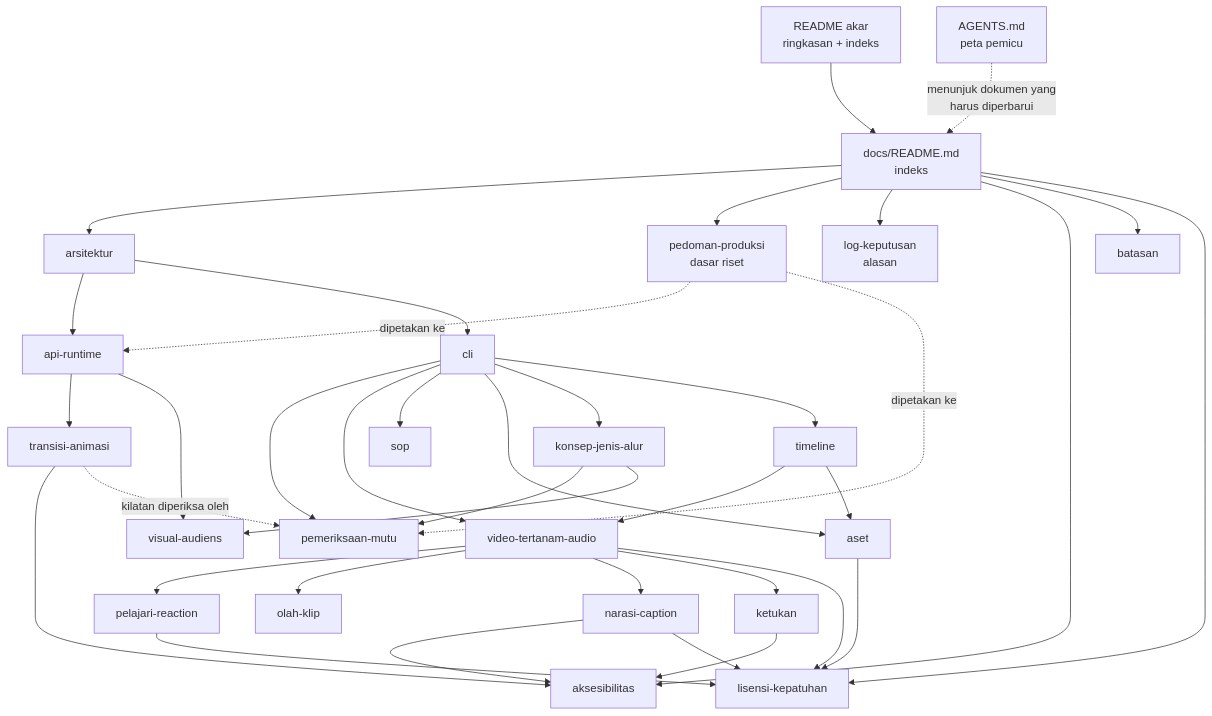
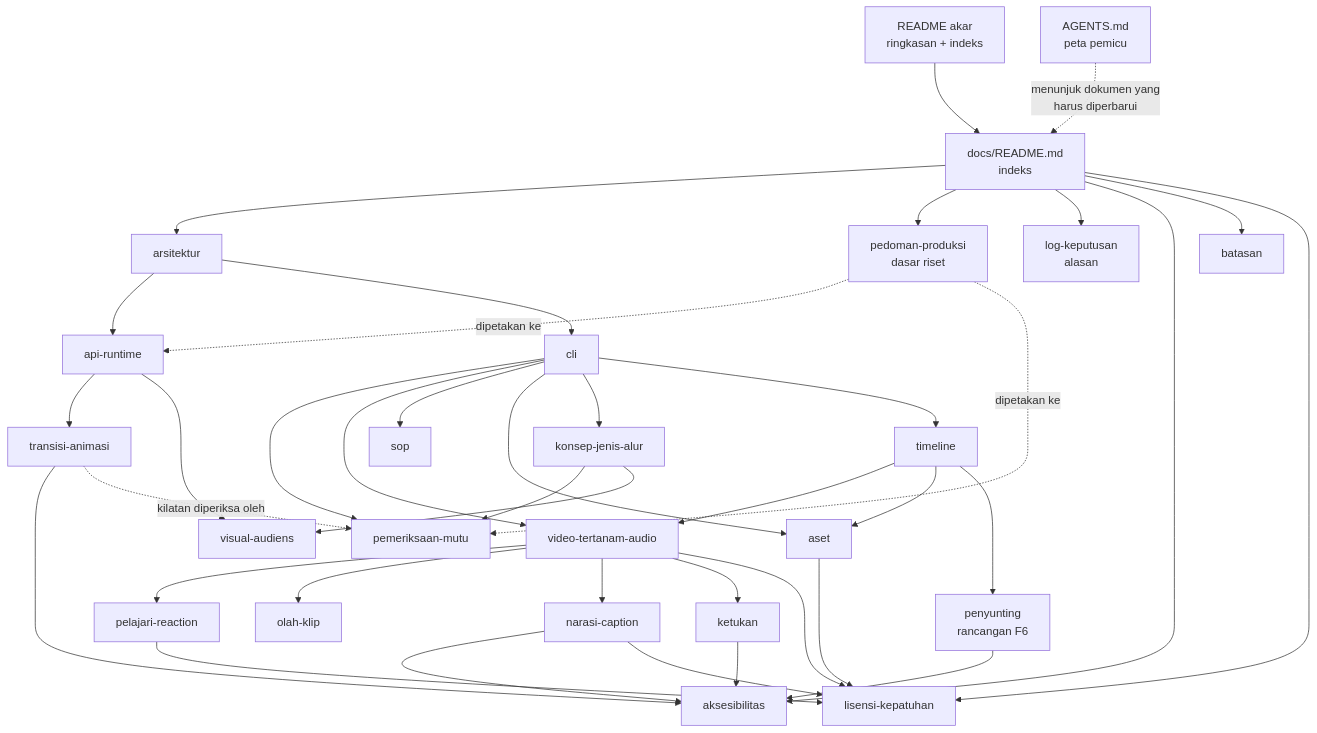
The diagram in docs/README.md (ahliweb/awvd), drawn with Mermaid before and after one commit. The commit also changed other lines of this file and 5 other files, not shown here.

First line of the commit message:
docs: rancangan penyunting pratinjau F6 disetujui pemilik

````diff
--- a/docs/README.md
+++ b/docs/README.md
@@ -45,39 +46,41 @@
 ```mermaid
 flowchart TD
     R[README akar<br/>ringkasan + indeks] --> I[docs/README.md<br/>indeks]
     I --> A[arsitektur]
     A --> API[api-runtime]
     API --> TRA[transisi-animasi]
     A --> CLI[cli]
     CLI --> QC[pemeriksaan-mutu]
     CLI --> KLP[video-tertanam-audio]
     KLP --> PLJ[pelajari-reaction]
     KLP --> OLH[olah-klip]
     KLP --> NAR[narasi-caption]
     NAR --> AKS
     KLP --> KET[ketukan]
     KET --> AKS
     NAR --> LIS
     PLJ --> LIS
     CLI --> SOP[sop]
     CLI --> ASET[aset]
     ASET --> LIS
     CLI --> KON[konsep-jenis-alur]
     KON --> QC
     CLI --> TML[timeline]
     TML --> KLP
     TML --> ASET
+    TML --> PNY[penyunting<br/>rancangan F6]
+    PNY --> AKS
     KON --> VIS[visual-audiens]
     API --> VIS
     I --> PP[pedoman-produksi<br/>dasar riset]
     I --> LK[log-keputusan<br/>alasan]
     I --> AKS[aksesibilitas]
     TRA --> AKS
     I --> BAT[batasan]
     I --> LIS[lisensi-kepatuhan]
     KLP --> LIS
     PP -.->|dipetakan ke| API
     PP -.->|dipetakan ke| QC
     TRA -.->|kilatan diperiksa oleh| QC
     AG[AGENTS.md<br/>peta pemicu] -.->|menunjuk dokumen yang<br/>harus diperbarui| I
 ```
````
